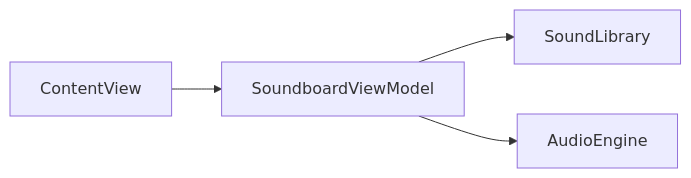
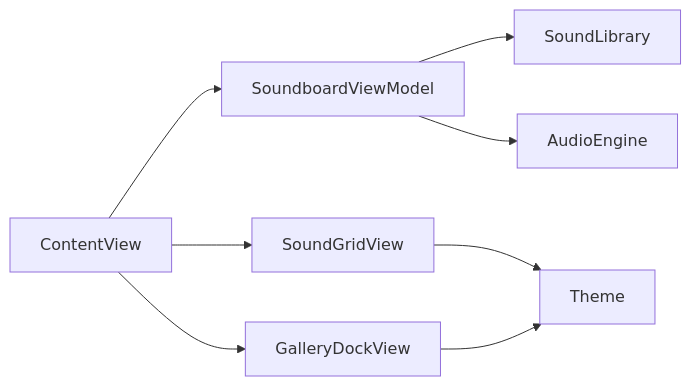
One commit to gkarasek/soundbook changed the diagram in README.md. Above: the diagram before and after it, drawn with Mermaid. The commit also changed other lines of this file and 11 other files, not shown here.

````diff
--- a/README.md
+++ b/README.md
@@ -60,6 +60,10 @@
 ```mermaid
 flowchart LR
     ContentView --> SoundboardVM[SoundboardViewModel]
+    ContentView --> SoundGridView
+    ContentView --> GalleryDockView
     SoundboardVM --> SoundLibrary
     SoundboardVM --> AudioEngine
+    SoundGridView --> Theme
+    GalleryDockView --> Theme
 ```
````
